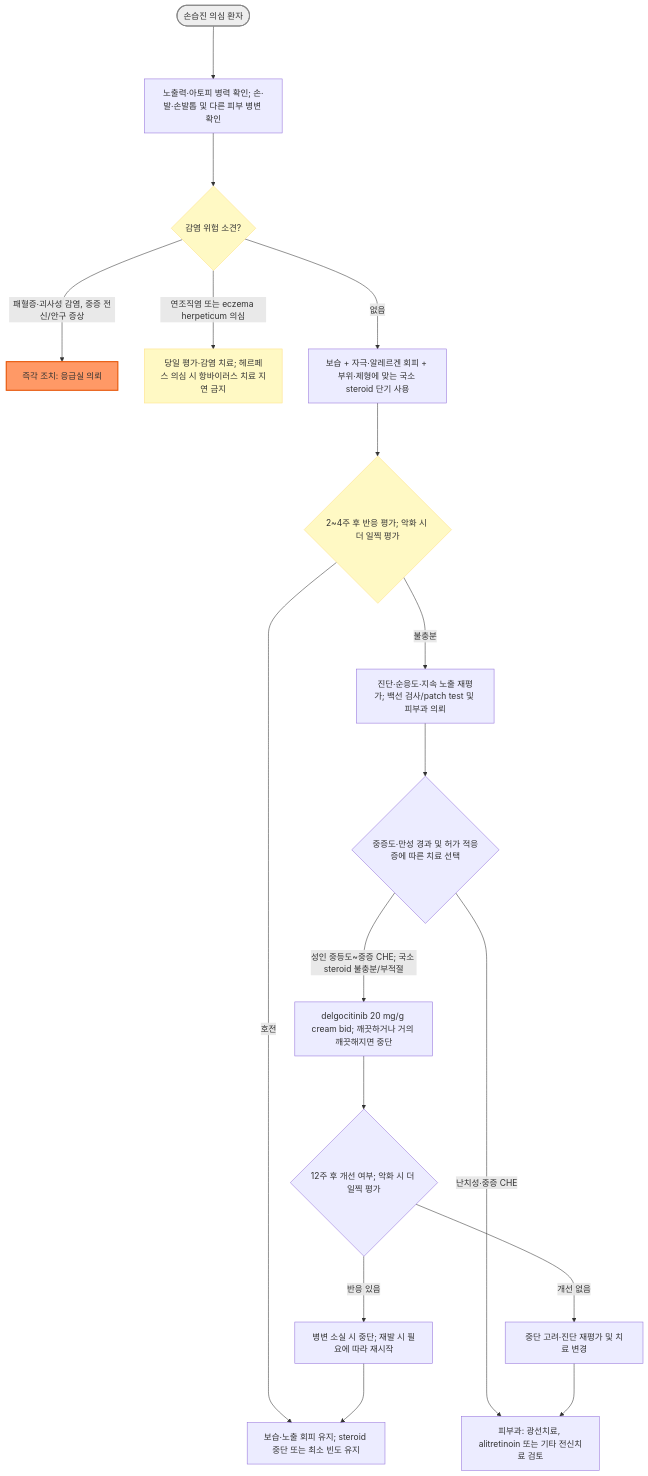
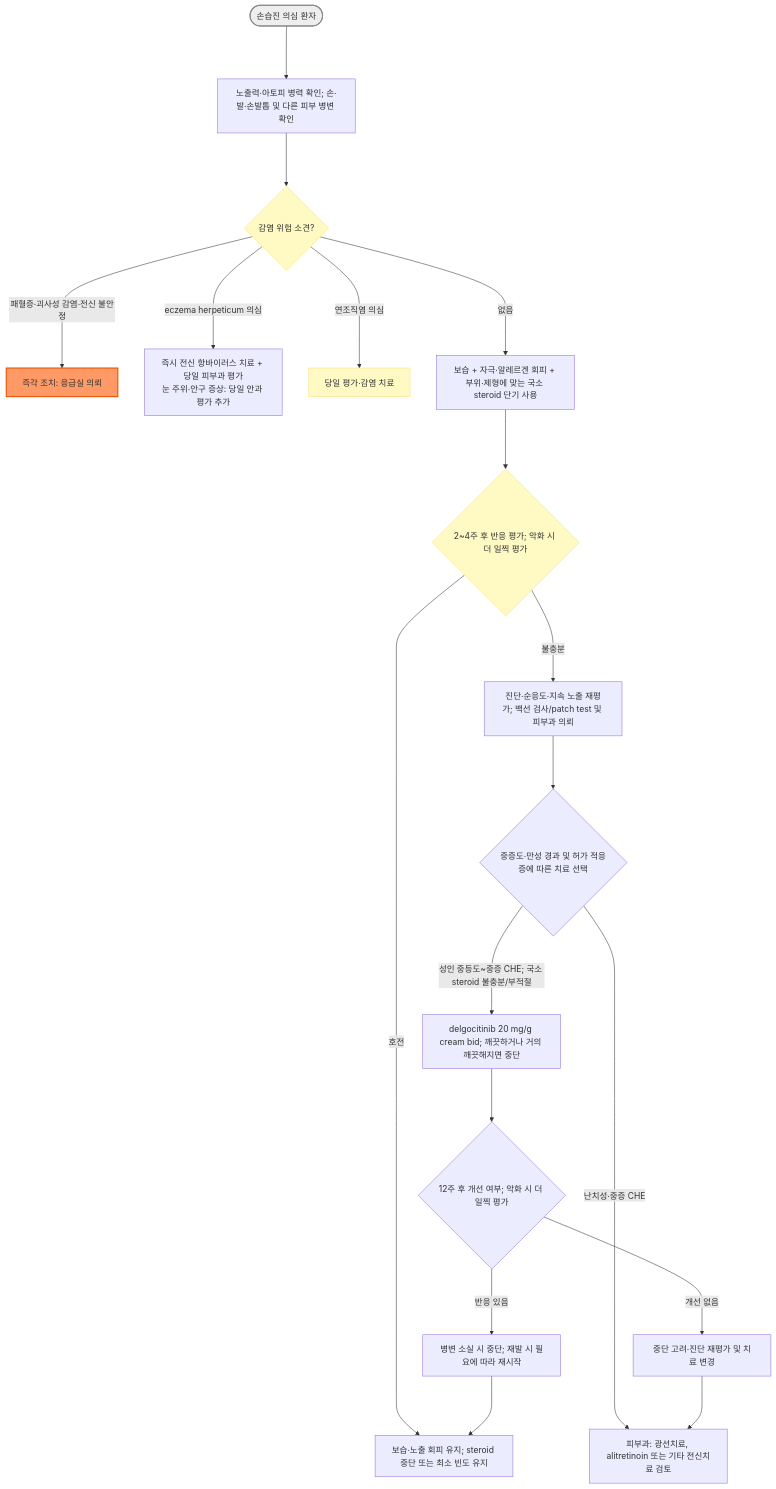
The diagram in 229_/159_-eczema.md (familyoh77/familyoh77), drawn with Mermaid before and after one commit. The commit also changed other lines of this file and 16 other files, not shown here.

````diff
--- a/229_/159_-eczema.md
+++ b/229_/159_-eczema.md
@@ -75,25 +78,26 @@
 ```mermaid
 graph TD
     Start(["손습진 의심 환자"]) ---> Hx["노출력·아토피 병력 확인; 손·발·손발톱 및 다른 피부 병변 확인"]
     Hx ---> Infection{"감염 위험 소견?"}
-    Infection --->|"패혈증·괴사성 감염, 중증 전신/안구 증상"| Emergency["즉각 조치: 응급실 의뢰"]
-    Infection --->|"연조직염 또는 eczema herpeticum 의심"| SameDay["당일 평가·감염 치료; 헤르페스 의심 시 항바이러스 치료 지연 금지"]
+    Infection --->|"패혈증·괴사성 감염·전신 불안정"| Emergency["즉각 조치: 응급실 의뢰"]
+    Infection --->|"eczema herpeticum 의심"| Herpes["즉시 전신 항바이러스 치료 + 당일 피부과 평가<br/>눈 주위·안구 증상: 당일 안과 평가 추가"]
+    Infection --->|"연조직염 의심"| SameDay["당일 평가·감염 치료"]
     Infection --->|"없음"| FirstLine["보습 + 자극·알레르겐 회피 + 부위·제형에 맞는 국소 steroid 단기 사용"]
     FirstLine ---> Reassess{"2~4주 후 반응 평가; 악화 시 더 일찍 평가"}
     Reassess --->|"호전"| Maintain["보습·노출 회피 유지; steroid 중단 또는 최소 빈도 유지"]
     Reassess --->|"불충분"| Review["진단·순응도·지속 노출 재평가; 백선 검사/patch test 및 피부과 의뢰"]
     Review ---> Options{"중증도·만성 경과 및 허가 적응증에 따른 치료 선택"}
     Options --->|"성인 중등도~중증 CHE; 국소 steroid 불충분/부적절"| Delgo["delgocitinib 20 mg/g cream bid; 깨끗하거나 거의 깨끗해지면 중단"]
     Options --->|"난치성·중증 CHE"| Specialist["피부과: 광선치료, alitretinoin 또는 기타 전신치료 검토"]
     Delgo ---> Response{"12주 후 개선 여부; 악화 시 더 일찍 평가"}
     Response --->|"개선 없음"| Stop["중단 고려·진단 재평가 및 치료 변경"]
     Stop ---> Specialist
     Response --->|"반응 있음"| Control["병변 소실 시 중단; 재발 시 필요에 따라 재시작"]
     Control ---> Maintain
 
     style Start fill:#eeeeee,stroke:#888888,stroke-width:2px
     style Infection fill:#fff9c4,stroke:#ffe082
     style Reassess fill:#fff9c4,stroke:#ffe082
     style Emergency fill:#f96,stroke:#e65100,stroke-width:2px
     style SameDay fill:#fff9c4,stroke:#ffe082
 ```
````
